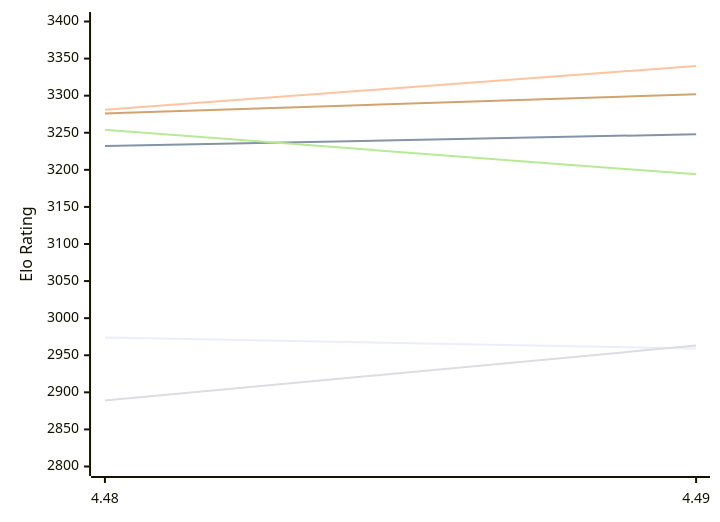
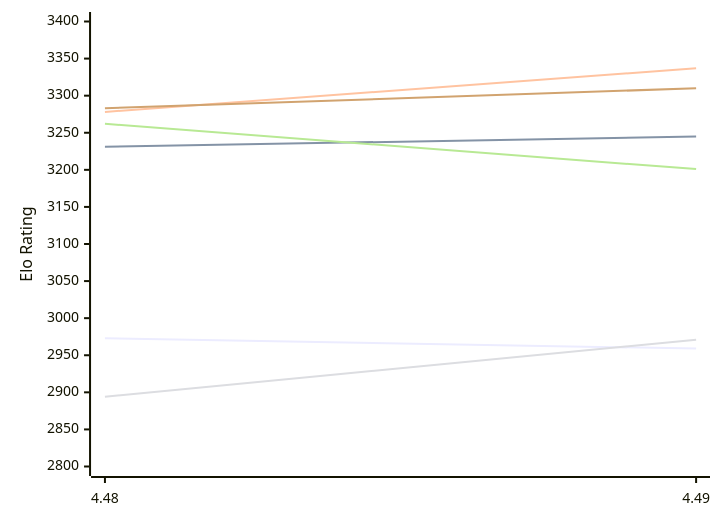
Before and after one commit to computer-chess-index/cci: the first of 2 diagrams in engines/Cheng4.md, drawn with Mermaid. The commit also changed other lines of this file, not shown here.

Commit message:
Update CCI Ratings (ELO VLTC) - 2026-11-23

````diff
--- a/engines/Cheng4.md
+++ b/engines/Cheng4.md
@@ -50,12 +50,12 @@
 ```mermaid
 %%{init: {"theme":"base","themeVariables":{"seriesColors:['#a3a3a3','#222221','#faa371']}}}%%
 xychart-beta
   x-axis ["4.48", "4.49"]
   y-axis "Elo Rating" 2800 --> 3400
-  line "E1: STC (8.0+0.08s)" [2974, 2959]
-  line "E1: LTC (60.0+0.60s)" [3232, 3248]
-  line "E1: VLTC (2m24s+1.12s)" [3281, 3340]
-  line "P1: STC (8.0+0.08s)" [2889, 2963]
-  line "P1: LTC (60.0+0.60s)" [3254, 3194]
-  line "P1: VLTC (2m24s+1.12s)" [3276, 3302]
+  line "E1: STC (8.0+0.08s)" [2973, 2959]
+  line "E1: LTC (60.0+0.60s)" [3231, 3245]
+  line "E1: VLTC (2m24s+1.12s)" [3278, 3337]
+  line "P1: STC (8.0+0.08s)" [2894, 2971]
+  line "P1: LTC (60.0+0.60s)" [3262, 3201]
+  line "P1: VLTC (2m24s+1.12s)" [3283, 3310]
 ```
````
